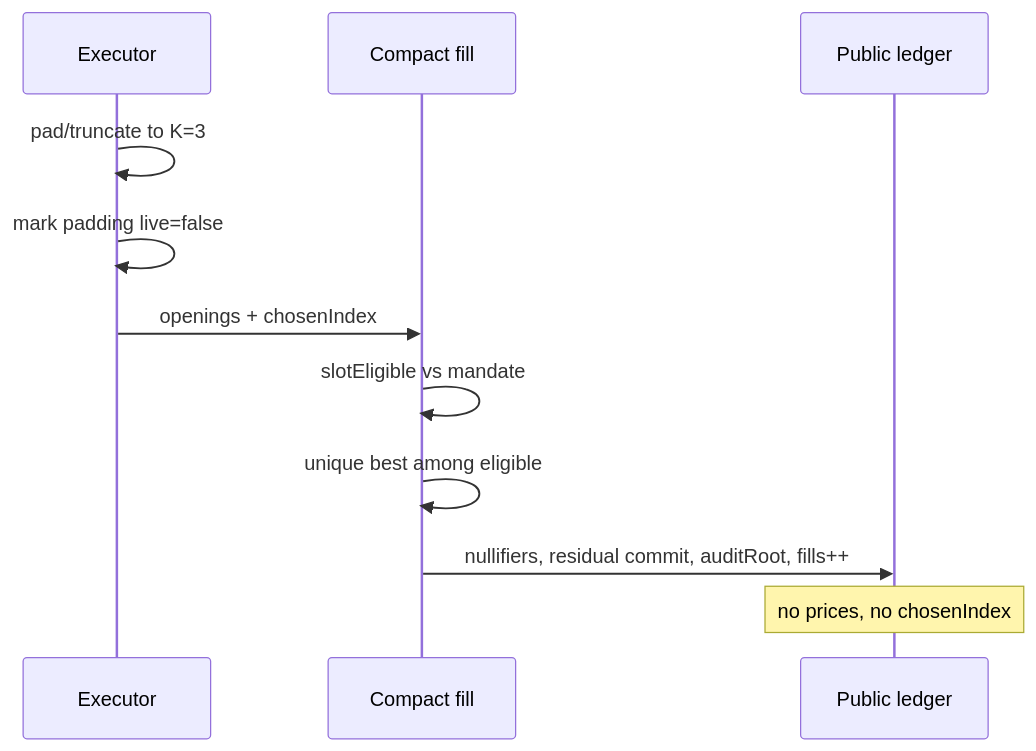
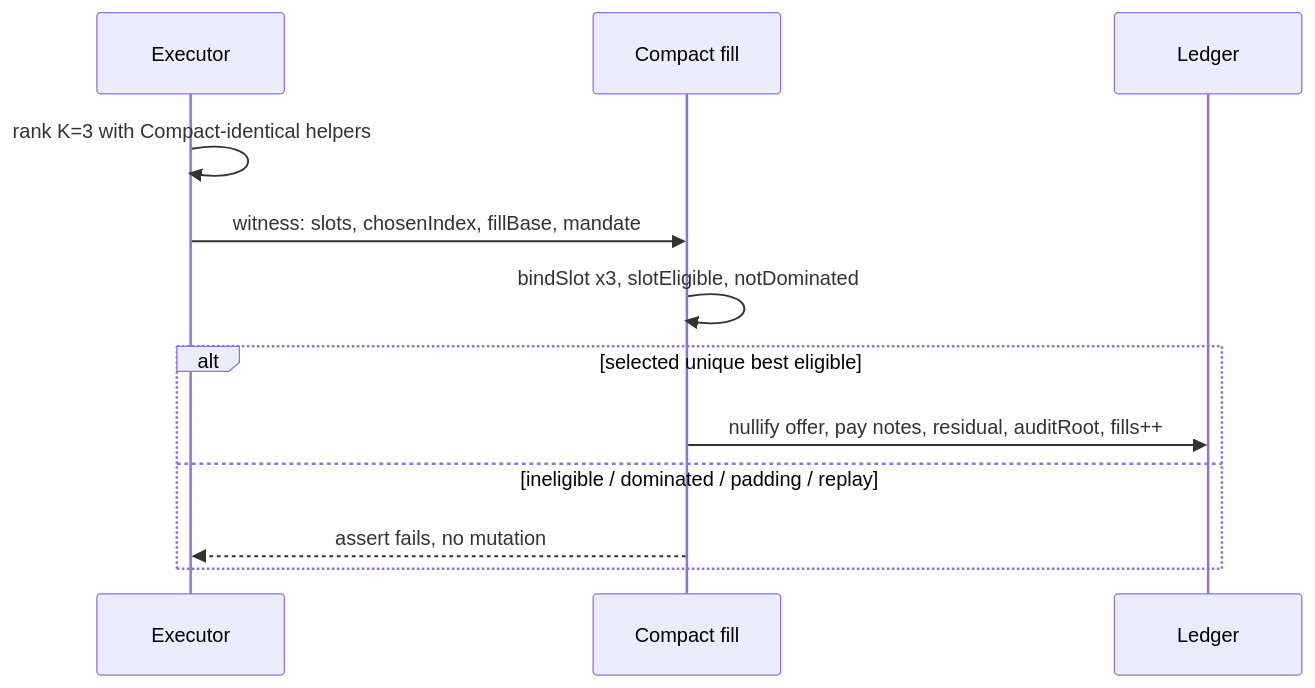
Before and after one commit to mohamedwael201193/REMIT: the fourth of 9 diagrams in README.md, drawn with Mermaid. The commit also changed other lines of this file and 8 other files, not shown here.

````diff
--- a/README.md
+++ b/README.md
@@ -183,13 +196,14 @@
 ```mermaid
 sequenceDiagram
   participant E as Executor
   participant C as Compact fill
-  participant L as Public ledger
-  E->>E: pad/truncate to K=3
-  E->>E: mark padding live=false
-  E->>C: openings + chosenIndex
-  C->>C: slotEligible vs mandate
-  C->>C: unique best among eligible
-  C->>L: nullifiers, residual commit, auditRoot, fills++
-  Note over L: no prices, no chosenIndex
+  participant L as Ledger
+  E->>E: rank K=3 with Compact-identical helpers
+  E->>C: witness: slots, chosenIndex, fillBase, mandate
+  C->>C: bindSlot x3, slotEligible, notDominated
+  alt selected unique best eligible
+    C->>L: nullify offer, pay notes, residual, auditRoot, fills++
+  else ineligible / dominated / padding / replay
+    C-->>E: assert fails, no mutation
+  end
 ```
````
